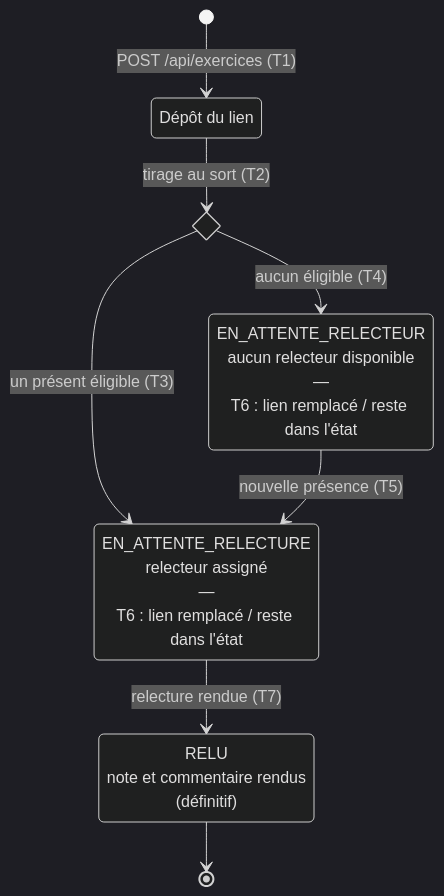
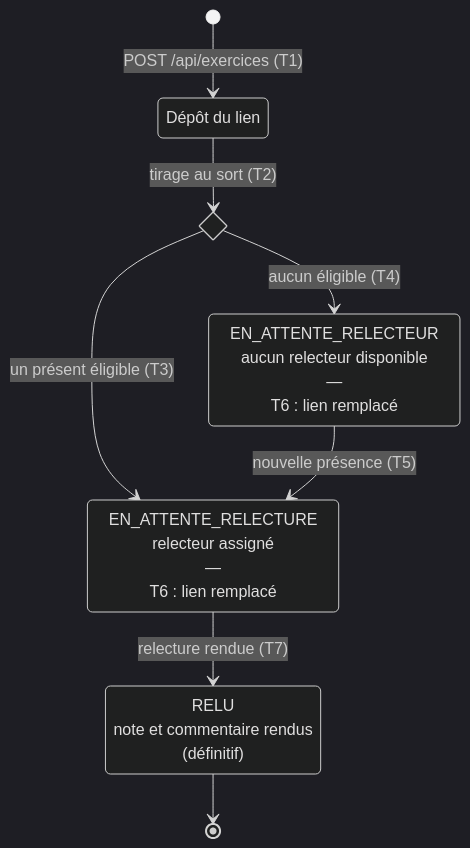
One commit to jacquessiyou4/kfokam48-epreuve-KF48-YAO-252 changed the diagram in docs/diagrammes/D4_etats_exercice.md. Above: the diagram before and after it, drawn with Mermaid (dark theme). The commit also changed other lines of this file, not shown here.

Commit message:
docs(diagrammes): D4 — marges sur les noms d'état, libellés plus tronqués sur GitHub

````diff
--- a/docs/diagrammes/D4_etats_exercice.md
+++ b/docs/diagrammes/D4_etats_exercice.md
@@ -5,18 +5,18 @@
 ```mermaid
 stateDiagram-v2
     direction TB
 
     state "Dépôt du lien" as Depot
-    state "EN_ATTENTE_RELECTEUR<br/>aucun relecteur disponible<br/>—<br/>T6 : lien remplacé / reste dans l'état" as EAR
-    state "EN_ATTENTE_RELECTURE<br/>relecteur assigné<br/>—<br/>T6 : lien remplacé / reste dans l'état" as EARL
-    state "RELU<br/>note et commentaire rendus<br/>(définitif)" as RELU
+    state "#nbsp;#nbsp;#nbsp;EN_ATTENTE_RELECTEUR#nbsp;#nbsp;#nbsp;<br/>aucun relecteur disponible<br/>—<br/>T6 : lien remplacé" as EAR
+    state "#nbsp;#nbsp;#nbsp;EN_ATTENTE_RELECTURE#nbsp;#nbsp;#nbsp;<br/>relecteur assigné<br/>—<br/>T6 : lien remplacé" as EARL
+    state "#nbsp;#nbsp;#nbsp;RELU#nbsp;#nbsp;#nbsp;<br/>note et commentaire rendus<br/>(définitif)" as RELU
     state affectation <<choice>>
 
     [*] --> Depot : POST /api/exercices (T1)
     Depot --> affectation : tirage au sort (T2)
     affectation --> EARL : un présent éligible (T3)
     affectation --> EAR : aucun éligible (T4)
     EAR --> EARL : nouvelle présence (T5)
     EARL --> RELU : relecture rendue (T7)
     RELU --> [*]
 ```
````
